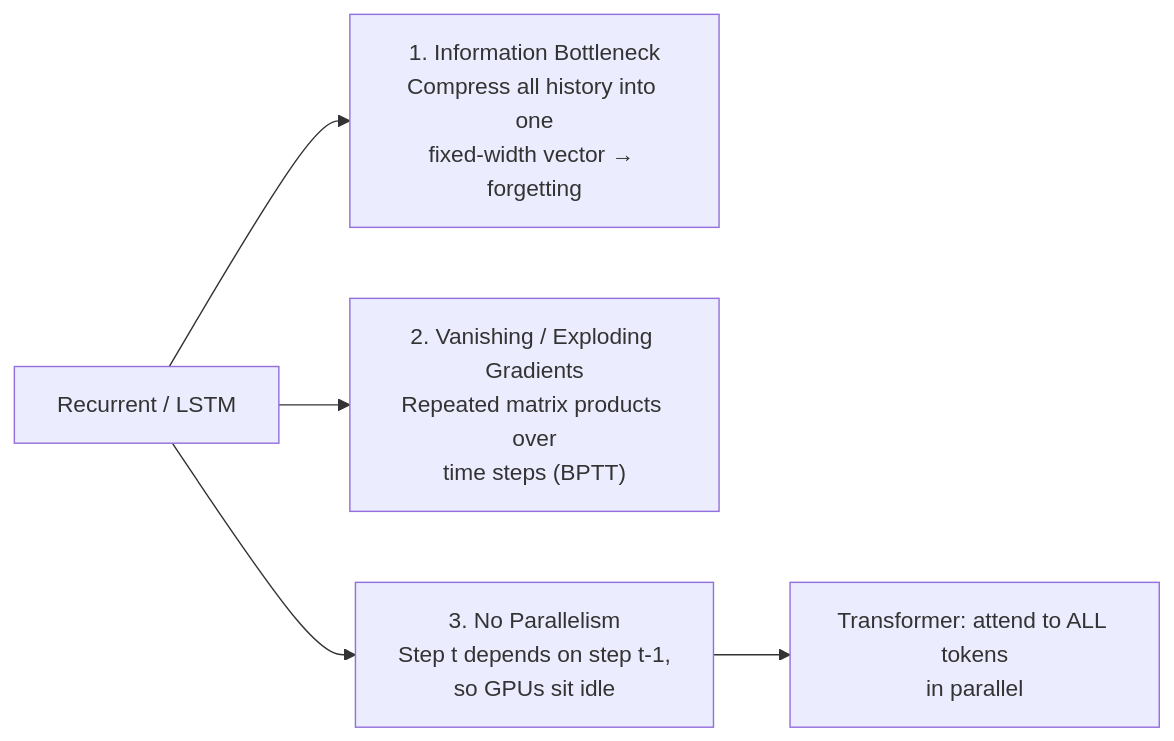
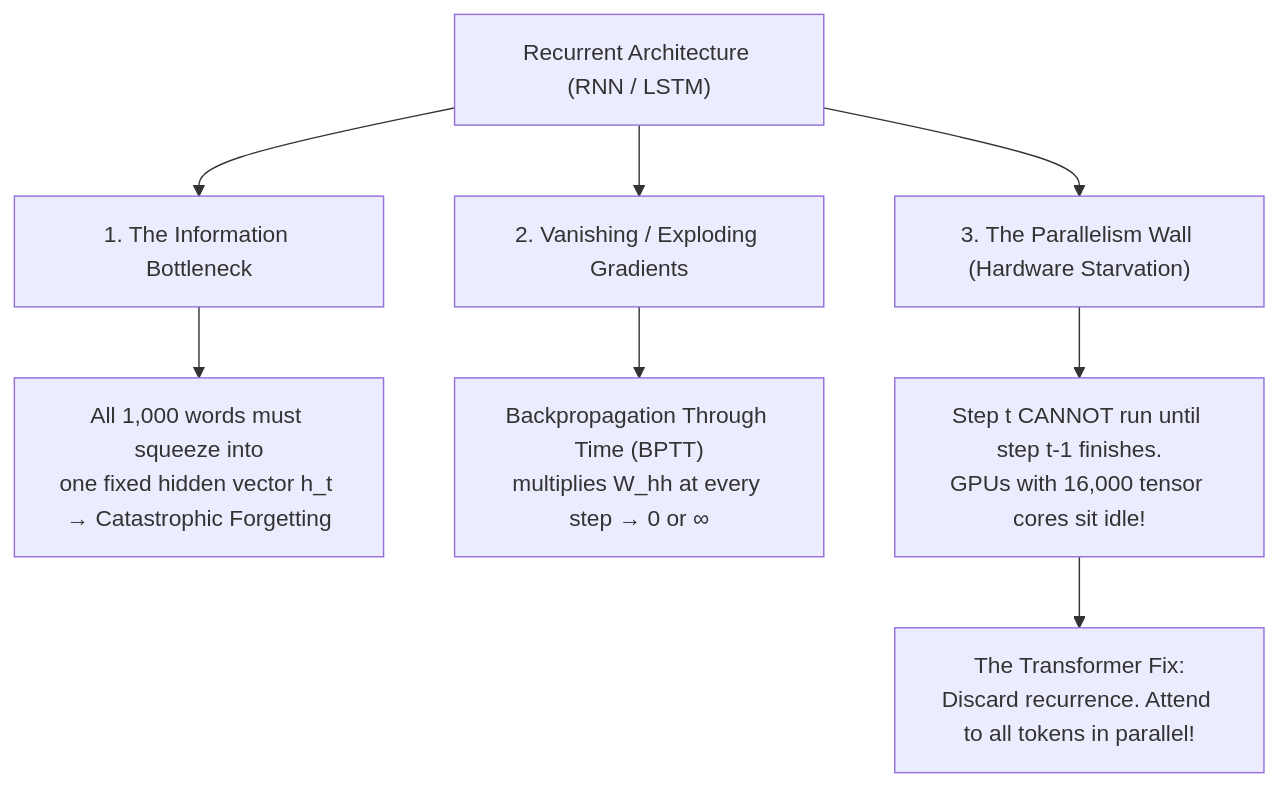
The fourth of 8 diagrams in content/docs/ai-agents/agentic-ai/01-transformer-architecture-foundations.mdx (1345AbhishekKumar/cs-cookbook), drawn with Mermaid before and after one commit. The commit also changed other lines of this file and 299 other files, not shown here.

````diff
--- a/content/docs/ai-agents/agentic-ai/01-transformer-architecture-foundations.mdx
+++ b/content/docs/ai-agents/agentic-ai/01-transformer-architecture-foundations.mdx
@@ -100,7 +226,12 @@
 ```mermaid
-flowchart LR
-    RNN["Recurrent / LSTM"] --> F1["1. Information Bottleneck<br/>Compress all history into one<br/>fixed-width vector → forgetting"]
-    RNN --> F2["2. Vanishing / Exploding Gradients<br/>Repeated matrix products over<br/>time steps (BPTT)"]
-    RNN --> F3["3. No Parallelism<br/>Step t depends on step t-1,<br/>so GPUs sit idle"]
-    F3 --> Fix["Transformer: attend to ALL tokens<br/>in parallel"]
+flowchart TD
+    RNN["Recurrent Architecture (RNN / LSTM)"] --> F1["1. The Information Bottleneck"]
+    RNN --> F2["2. Vanishing / Exploding Gradients"]
+    RNN --> F3["3. The Parallelism Wall (Hardware Starvation)"]
+
+    F1 --> D1["All 1,000 words must squeeze into<br/>one fixed hidden vector h_t → Catastrophic Forgetting"]
+    F2 --> D2["Backpropagation Through Time (BPTT)<br/>multiplies W_hh at every step → 0 or ∞"]
+    F3 --> D3["Step t CANNOT run until step t-1 finishes.<br/>GPUs with 16,000 tensor cores sit idle!"]
+
+    D3 --> Trans["The Transformer Fix:<br/>Discard recurrence. Attend to all tokens in parallel!"]
 ```
````
